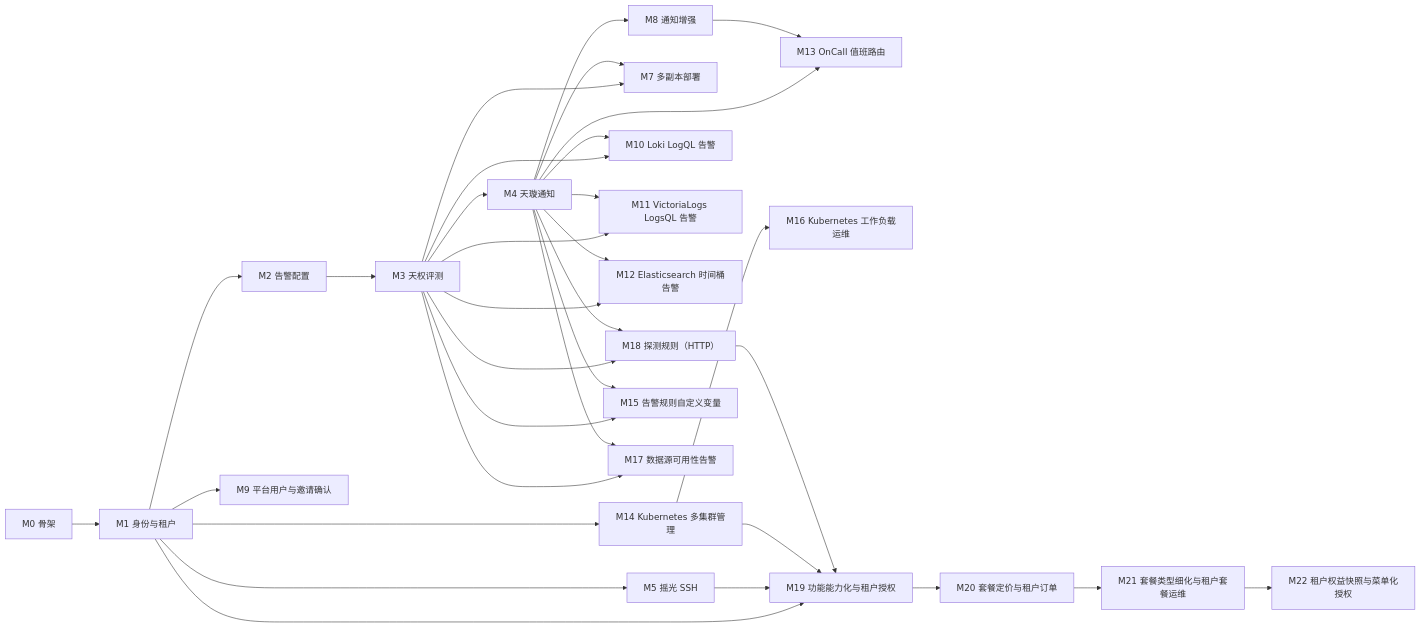
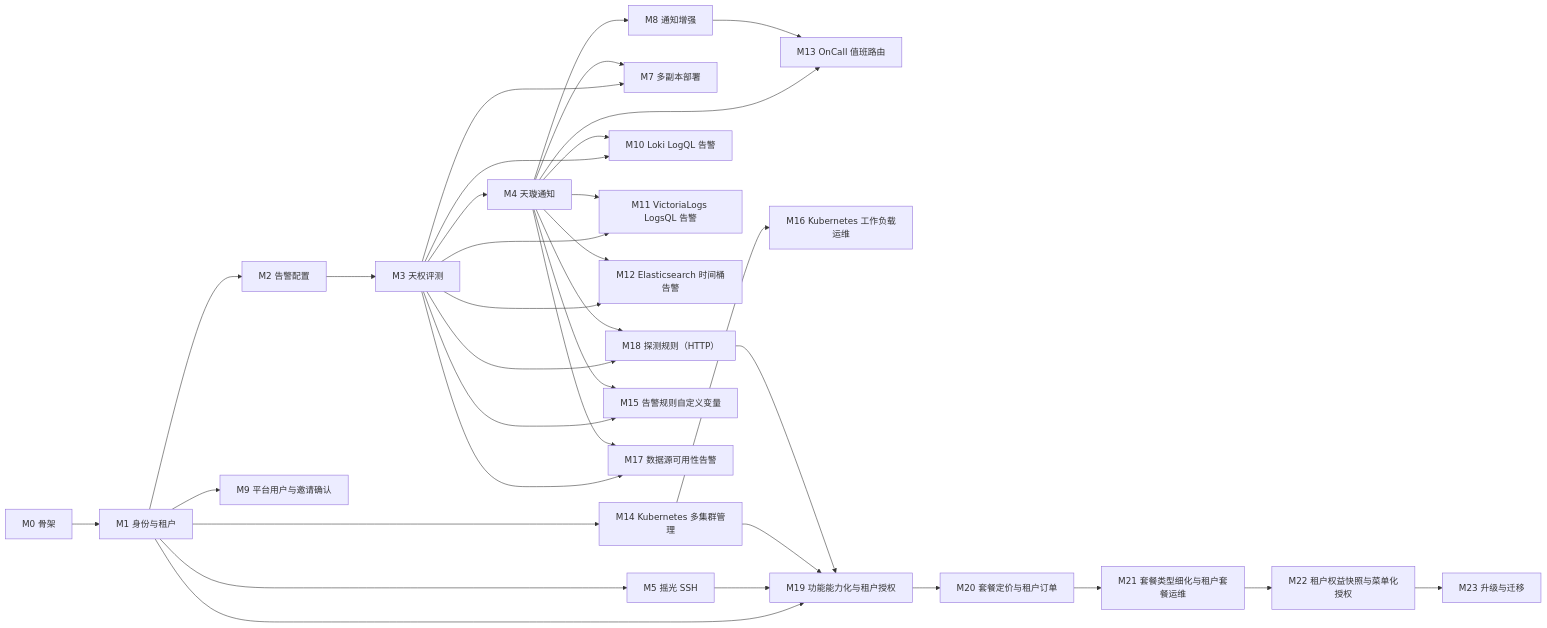
One commit to aide-family/moon changed the diagram in docs/roadmap.md. Above: the diagram before and after it, drawn with Mermaid. The commit also changed other lines of this file and 34 other files, not shown here.

````diff
--- a/docs/roadmap.md
+++ b/docs/roadmap.md
@@ -48,54 +49,56 @@
 ```mermaid
 flowchart LR
   m0[M0 骨架]
   m1[M1 身份与租户]
   m2[M2 告警配置]
   m3[M3 天权评测]
   m4[M4 天璇通知]
   m5[M5 摇光 SSH]
   m7[M7 多副本部署]
   m8[M8 通知增强]
   m9[M9 平台用户与邀请确认]
   m10[M10 Loki LogQL 告警]
   m11[M11 VictoriaLogs LogsQL 告警]
   m12[M12 Elasticsearch 时间桶告警]
   m13[M13 OnCall 值班路由]
   m14[M14 Kubernetes 多集群管理]
   m15[M15 告警规则自定义变量]
   m16[M16 Kubernetes 工作负载运维]
   m17[M17 数据源可用性告警]
   m18[M18 探测规则（HTTP）]
   m19[M19 功能能力化与租户授权]
   m20[M20 套餐定价与租户订单]
   m21[M21 套餐类型细化与租户套餐运维]
   m22[M22 租户权益快照与菜单化授权]
+  m23[M23 升级与迁移]
   m0 --> m1 --> m2 --> m3 --> m4
   m1 --> m5
   m1 --> m9
   m1 --> m14
   m14 --> m16
   m3 --> m7
   m4 --> m7
   m4 --> m8
   m3 --> m10
   m4 --> m10
   m3 --> m11
   m4 --> m11
   m3 --> m12
   m4 --> m12
   m4 --> m13
   m8 --> m13
   m3 --> m15
   m4 --> m15
   m3 --> m17
   m4 --> m17
   m3 --> m18
   m4 --> m18
   m1 --> m19
   m5 --> m19
   m14 --> m19
   m18 --> m19
   m19 --> m20
   m20 --> m21
   m21 --> m22
+  m22 --> m23
 ```
````
